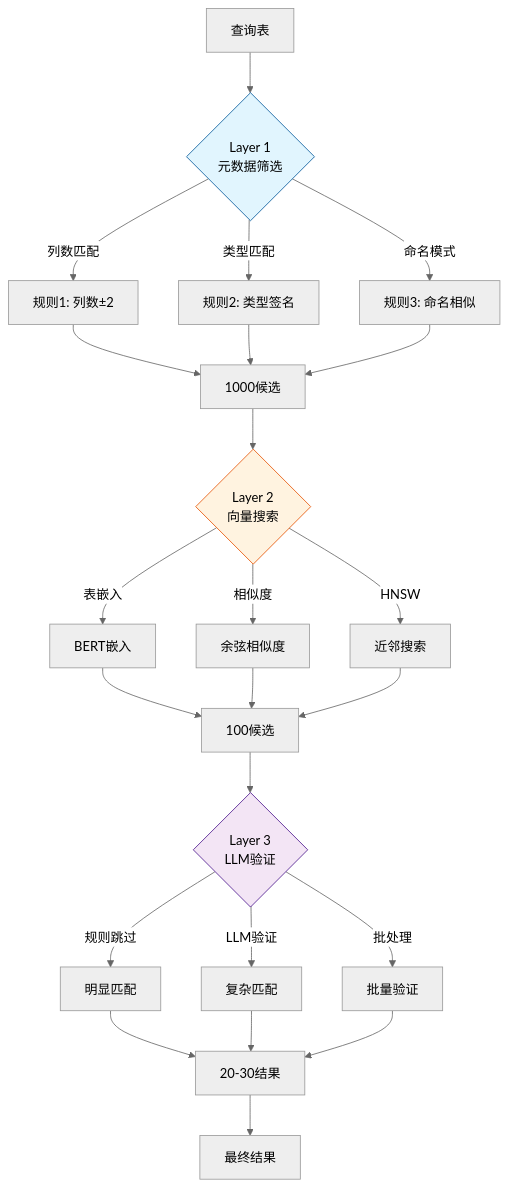
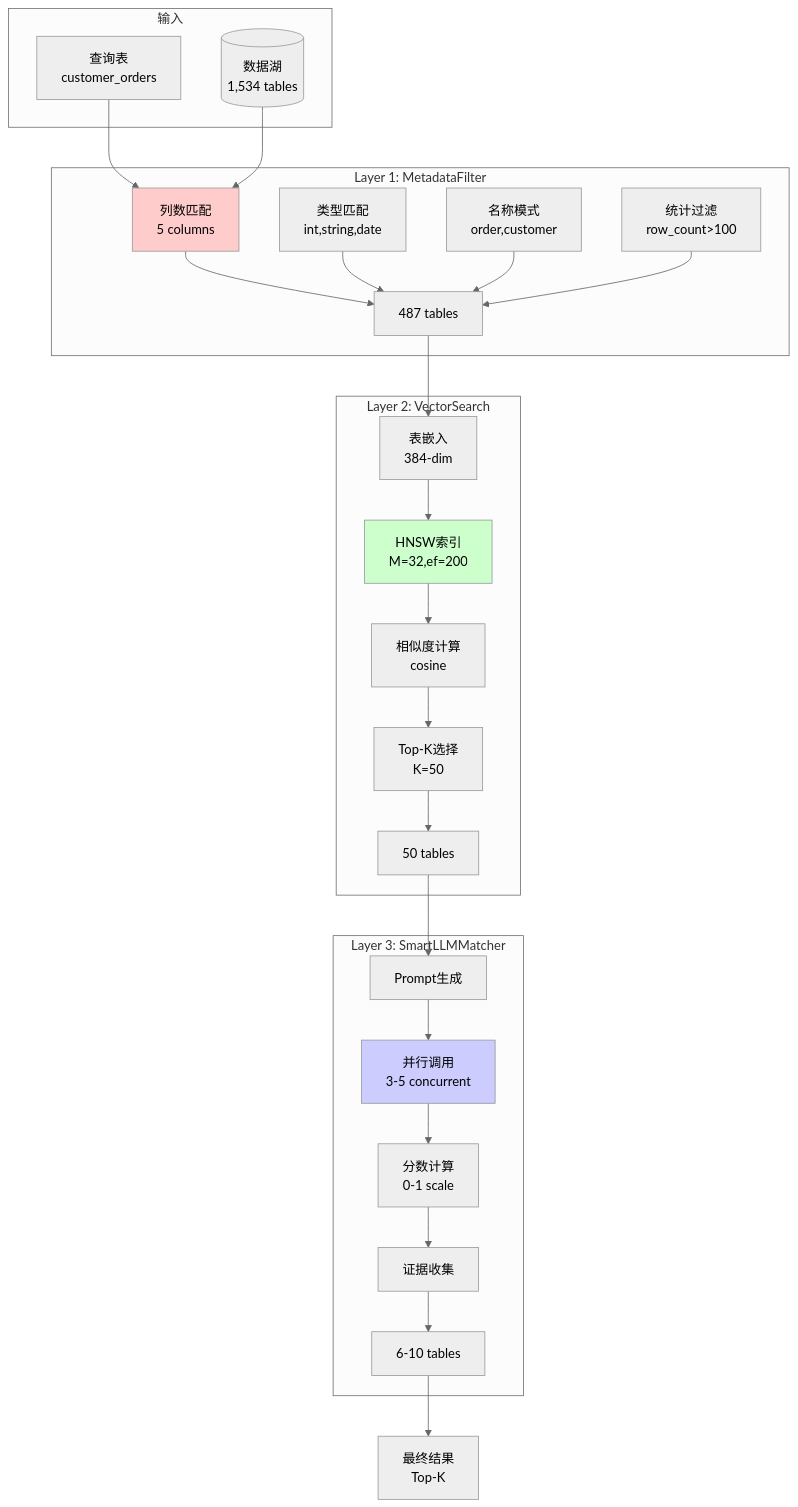
Before and after one commit to 925180034/dataLakesMulti: the fourth of 8 diagrams in docs/ARCHITECTURE_DIAGRAMS.md, drawn with Mermaid (neutral theme). The commit also changed other lines of this file and 128 other files, not shown here.

````diff
--- a/docs/ARCHITECTURE_DIAGRAMS.md
+++ b/docs/ARCHITECTURE_DIAGRAMS.md
@@ -108,38 +184,56 @@
 ```mermaid
-graph TD
-    Q[查询表] --> L1{Layer 1<br/>元数据筛选}
+flowchart TB
+    subgraph INPUTS["输入"]
+        Q[查询表<br/>customer_orders]
+        DB[(数据湖<br/>1,534 tables)]
+    end
     
-    L1 -->|列数匹配| L1A[规则1: 列数±2]
-    L1 -->|类型匹配| L1B[规则2: 类型签名]
-    L1 -->|命名模式| L1C[规则3: 命名相似]
+    subgraph LAYER1["Layer 1: MetadataFilter"]
+        M1[列数匹配<br/>5 columns]
+        M2[类型匹配<br/>int,string,date]
+        M3[名称模式<br/>order,customer]
+        M4[统计过滤<br/>row_count>100]
+        MR1[487 tables]
+        
+        M1 --> MR1
+        M2 --> MR1
+        M3 --> MR1
+        M4 --> MR1
+    end
     
-    L1A --> L1R[1000候选]
-    L1B --> L1R
-    L1C --> L1R
+    subgraph LAYER2["Layer 2: VectorSearch"]
+        V1[表嵌入<br/>384-dim]
+        V2[HNSW索引<br/>M=32,ef=200]
+        V3[相似度计算<br/>cosine]
+        V4[Top-K选择<br/>K=50]
+        VR1[50 tables]
+        
+        V1 --> V2
+        V2 --> V3
+        V3 --> V4
+        V4 --> VR1
+    end
     
-    L1R --> L2{Layer 2<br/>向量搜索}
+    subgraph LAYER3["Layer 3: SmartLLMMatcher"]
+        L1[Prompt生成]
+        L2[并行调用<br/>3-5 concurrent]
+        L3[分数计算<br/>0-1 scale]
+        L4[证据收集]
+        LR1[6-10 tables]
+        
+        L1 --> L2
+        L2 --> L3
+        L3 --> L4
+        L4 --> LR1
+    end
     
-    L2 -->|表嵌入| L2A[BERT嵌入]
-    L2 -->|相似度| L2B[余弦相似度]
-    L2 -->|HNSW| L2C[近邻搜索]
+    Q --> M1
+    DB --> M1
+    MR1 --> V1
+    VR1 --> L1
+    LR1 --> R[最终结果<br/>Top-K]
     
-    L2A --> L2R[100候选]
-    L2B --> L2R
-    L2C --> L2R
-    
-    L2R --> L3{Layer 3<br/>LLM验证}
-    
-    L3 -->|规则跳过| L3A[明显匹配]
-    L3 -->|LLM验证| L3B[复杂匹配]
-    L3 -->|批处理| L3C[批量验证]
-    
-    L3A --> L3R[20-30结果]
-    L3B --> L3R
-    L3C --> L3R
-    
-    L3R --> R[最终结果]
-    
-    style L1 fill:#e1f5fe,stroke:#01579b
-    style L2 fill:#fff3e0,stroke:#e65100
-    style L3 fill:#f3e5f5,stroke:#4a148c
+    style M1 fill:#ffcccc
+    style V2 fill:#ccffcc
+    style L2 fill:#ccccff
 ```
````
